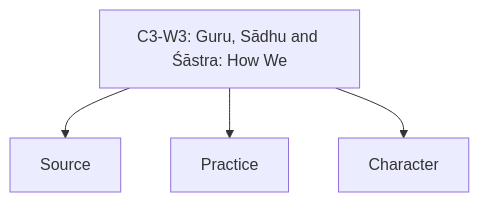
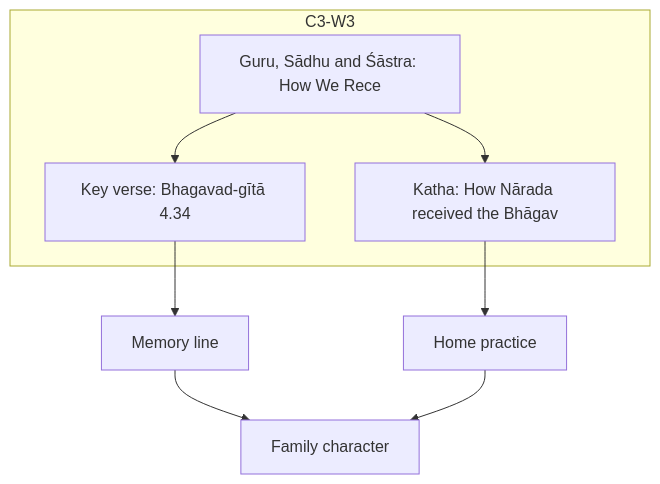
The diagram in 11-weekly-program-library/first-six-months/c3-w3-guru-sādhu-and-śāstra-how-we-receive-spiritual-knowledge/visuals/concept-map.mmd (swap2you/kutumba-family-program), drawn with Mermaid before and after one commit. The commit also changed 201 other files, not shown here.

```diff
--- a/11-weekly-program-library/first-six-months/c3-w3-guru-sādhu-and-śāstra-how-we-receive-spiritual-knowledge/visuals/concept-map.mmd
+++ b/11-weekly-program-library/first-six-months/c3-w3-guru-sādhu-and-śāstra-how-we-receive-spiritual-knowledge/visuals/concept-map.mmd
@@ -1,4 +1,12 @@
-flowchart TD
-  A[C3-W3: Guru, Sādhu and Śāstra: How We] --> B[Source]
-  A --> C[Practice]
-  A --> D[Character]
+flowchart TB
+    subgraph MODULE["C3-W3"]
+        A["Guru, Sādhu and Śāstra: How We Rece"]
+        B["Key verse: Bhagavad-gītā 4.34"]
+        C["Katha: How Nārada received the Bhāgav"]
+    end
+    A --> B
+    A --> C
+    B --> D[Memory line]
+    C --> E[Home practice]
+    D --> F[Family character]
+    E --> F
```
